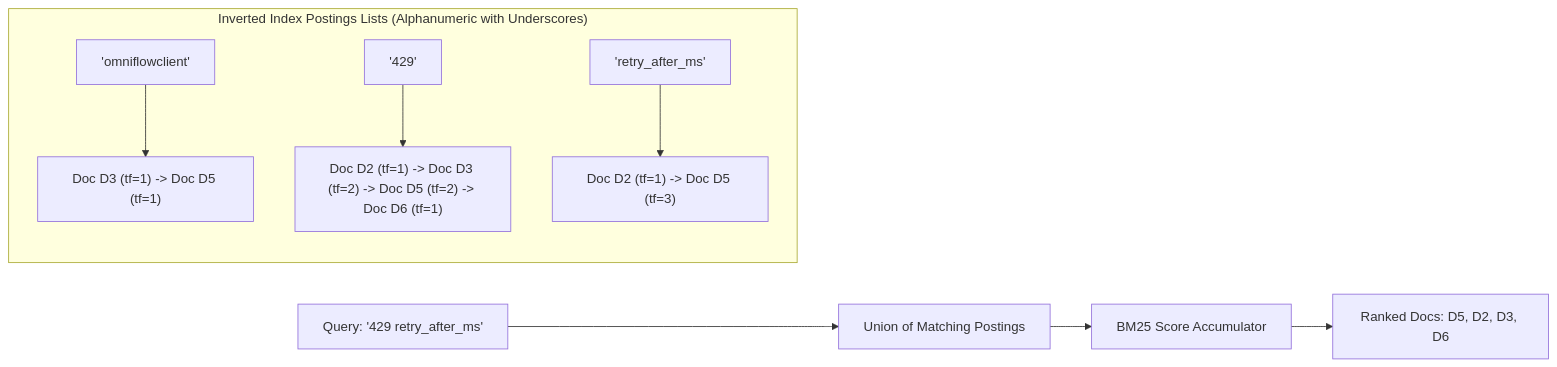
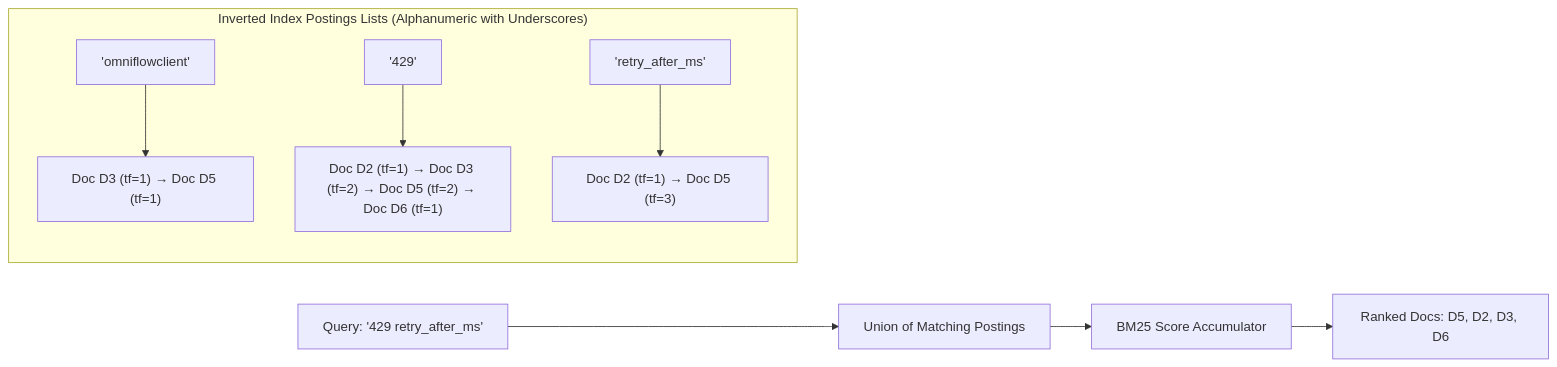
The second of 8 diagrams in rag-guide/02-retrieval-primitives.md (divyansh070/ml_notes), drawn with Mermaid before and after one commit. The commit also changed other lines of this file, not shown here.

Commit message:
fix(rag-guide): harden all Mermaid diagrams in 02-retrieval-primitives.md for GitHub

````diff
--- a/rag-guide/02-retrieval-primitives.md
+++ b/rag-guide/02-retrieval-primitives.md
@@ -50,11 +50,11 @@
 ```mermaid
 flowchart LR
     subgraph INVERTED_INDEX ["Inverted Index Postings Lists (Alphanumeric with Underscores)"]
-        T1["'omniflowclient'"] --> P1["Doc D3 (tf=1) -> Doc D5 (tf=1)"]
-        T2["'429'"] --> P2["Doc D2 (tf=1) -> Doc D3 (tf=2) -> Doc D5 (tf=2) -> Doc D6 (tf=1)"]
-        T3["'retry_after_ms'"] --> P3["Doc D2 (tf=1) -> Doc D5 (tf=3)"]
+        T1["'omniflowclient'"] --> P1["Doc D3 (tf=1) → Doc D5 (tf=1)"]
+        T2["'429'"] --> P2["Doc D2 (tf=1) → Doc D3 (tf=2) → Doc D5 (tf=2) → Doc D6 (tf=1)"]
+        T3["'retry_after_ms'"] --> P3["Doc D2 (tf=1) → Doc D5 (tf=3)"]
     end
     QUERY["Query: '429 retry_after_ms'"] --> LOOKUP["Union of Matching Postings"]
     LOOKUP --> SCORE["BM25 Score Accumulator"]
     SCORE --> TOP["Ranked Docs: D5, D2, D3, D6"]
 ```
````
